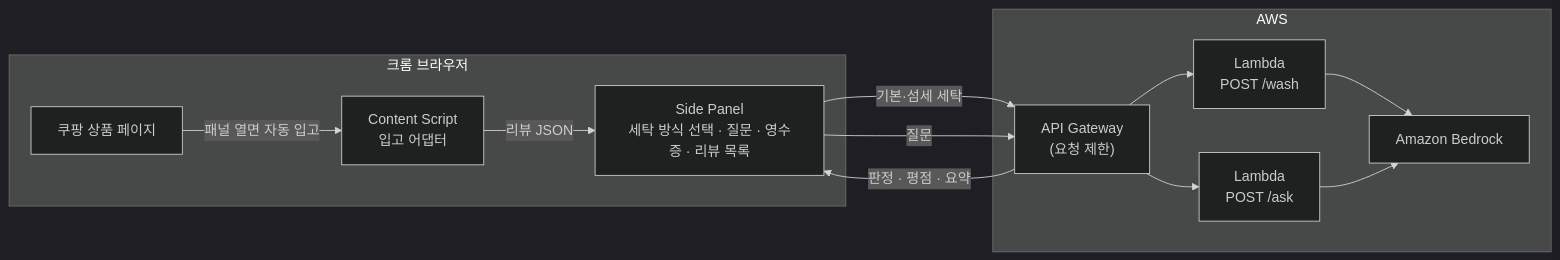
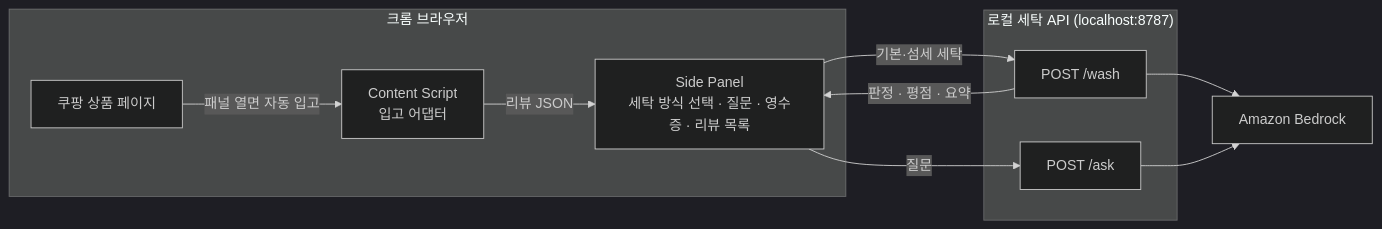
Before and after one commit to beblack127/GyuTam: the diagram in README.md, drawn with Mermaid (dark theme). The commit also changed other lines of this file and 4 other files, not shown here.

````diff
--- a/README.md
+++ b/README.md
@@ -116,21 +121,20 @@
 ```mermaid
 flowchart LR
   subgraph Browser["크롬 브라우저"]
     P["쿠팡 상품 페이지"]
     CS["Content Script<br/>입고 어댑터"]
     SP["Side Panel<br/>세탁 방식 선택 · 질문 · 영수증 · 리뷰 목록"]
   end
-  subgraph AWS["AWS"]
-    GW["API Gateway<br/>(요청 제한)"]
-    W["Lambda<br/>POST /wash"]
-    A["Lambda<br/>POST /ask"]
-    BR["Amazon Bedrock"]
+  subgraph Local["로컬 세탁 API (localhost:8787)"]
+    W["POST /wash"]
+    A["POST /ask"]
   end
+  BR["Amazon Bedrock"]
   P -->|패널 열면 자동 입고| CS
   CS -->|리뷰 JSON| SP
-  SP -->|기본·섬세 세탁| GW
-  SP -->|질문| GW
-  GW --> W --> BR
-  GW --> A --> BR
-  GW -->|판정 · 평점 · 요약| SP
+  SP -->|기본·섬세 세탁| W
+  SP -->|질문| A
+  W --> BR
+  A --> BR
+  W -->|판정 · 평점 · 요약| SP
 ```
````
